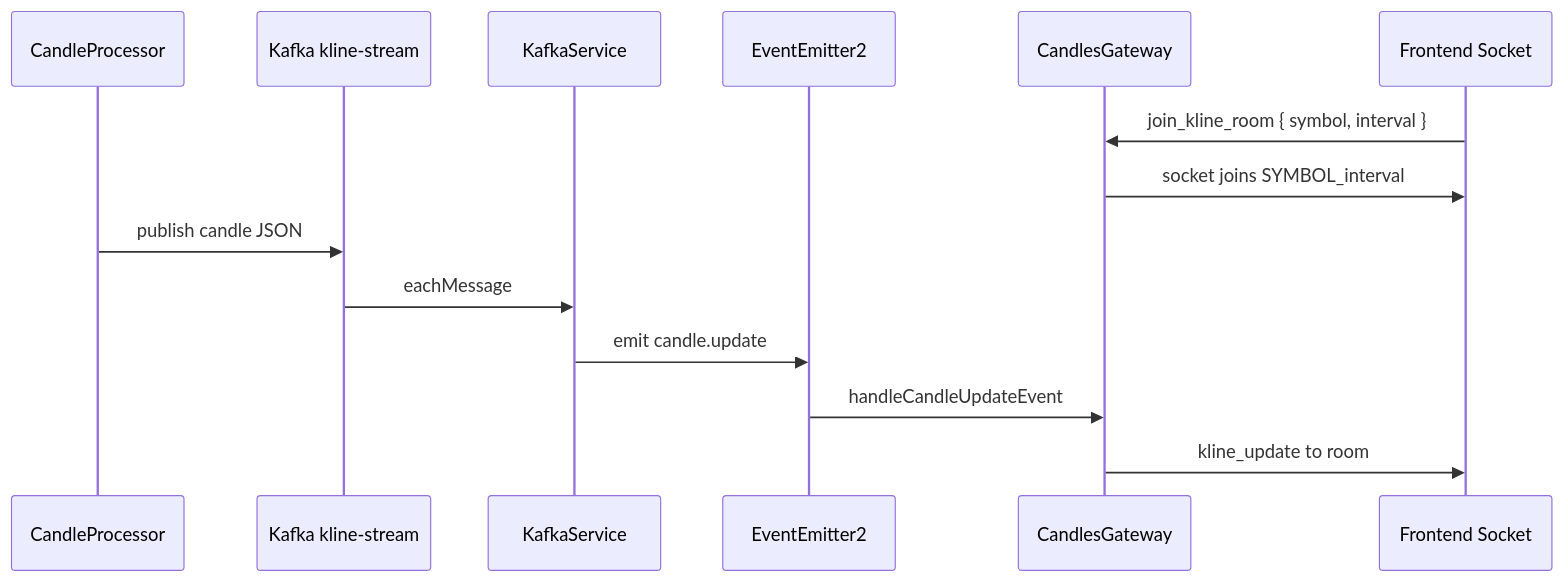
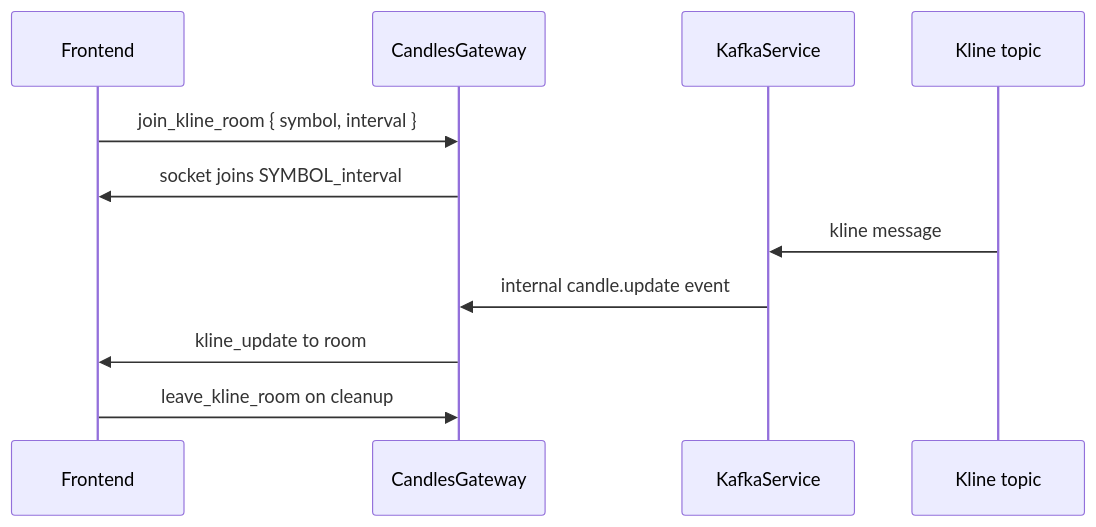
Before and after one commit to Zane-Theodore/NexTick: the third of 3 diagrams in docs/architecture.md, drawn with Mermaid. The commit also changed other lines of this file and 6 other files, not shown here.

````diff
--- a/docs/architecture.md
+++ b/docs/architecture.md
@@ -181,17 +233,14 @@
 ```mermaid
 sequenceDiagram
-  participant Processor as CandleProcessor
-  participant Kafka as Kafka kline-stream
+  participant UI as Frontend
+  participant Gateway as CandlesGateway
   participant KafkaSvc as KafkaService
-  participant Events as EventEmitter2
-  participant Gateway as CandlesGateway
-  participant UI as Frontend Socket
+  participant Kafka as Kline topic
 
   UI->>Gateway: join_kline_room { symbol, interval }
   Gateway->>UI: socket joins SYMBOL_interval
-  Processor->>Kafka: publish candle JSON
-  Kafka->>KafkaSvc: eachMessage
-  KafkaSvc->>Events: emit candle.update
-  Events->>Gateway: handleCandleUpdateEvent
+  Kafka->>KafkaSvc: kline message
+  KafkaSvc->>Gateway: internal candle.update event
   Gateway->>UI: kline_update to room
+  UI->>Gateway: leave_kline_room on cleanup
 ```
````
